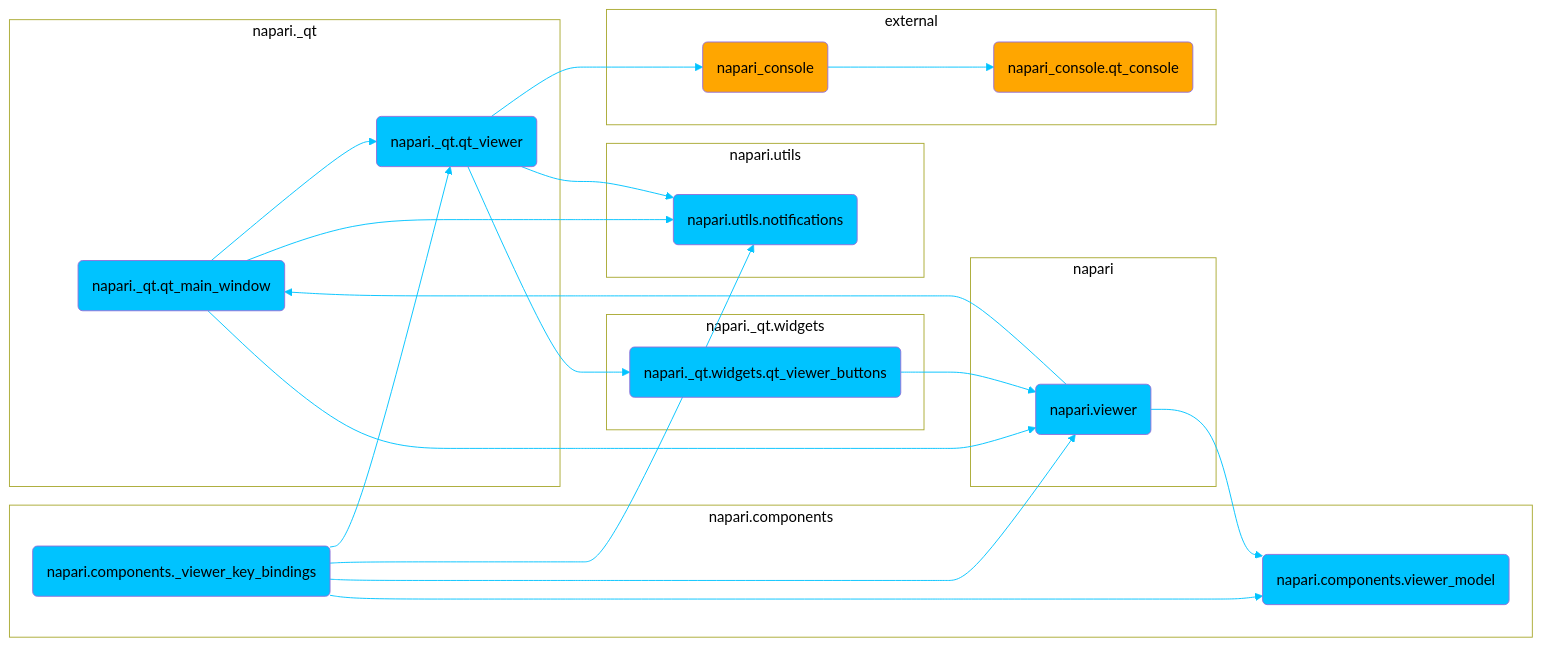
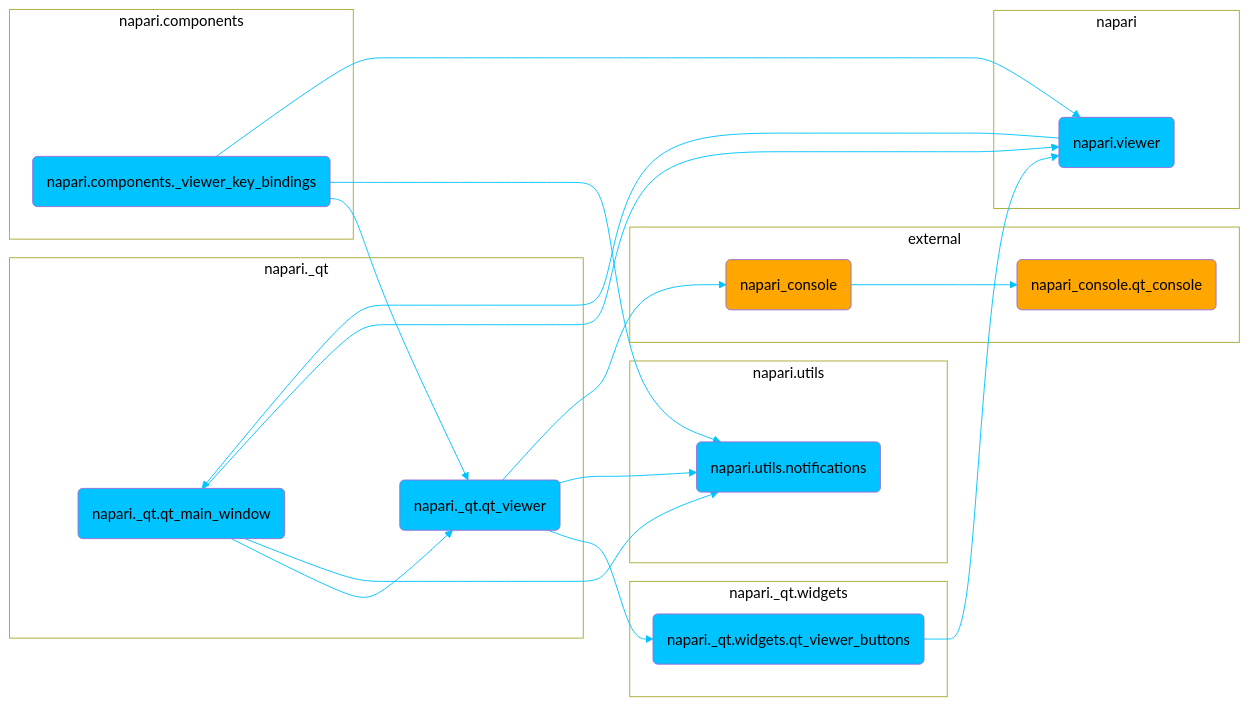
Before and after one commit to napari/napari.github.io: the diagram in dev/_sources/developers/architecture/ui_sections/console_ui.md, drawn with Mermaid. The commit also changed other lines of this file and 723 other files, not shown here.

````diff
--- a/dev/_sources/developers/architecture/ui_sections/console_ui.md
+++ b/dev/_sources/developers/architecture/ui_sections/console_ui.md
@@ -3,67 +3,62 @@
 ```{mermaid}
 graph LR
 	accTitle: Dependencies between modules in the napari Console (napari-console) UI section
 	accDescr: Diagram showing the dependencies between the modules involved in the definition of the napari Console (napari-console) UI section
 	napari._qt.qt_main_window(napari._qt.qt_main_window)
 	napari._qt.qt_main_window --> napari._qt.qt_viewer
 	napari._qt.qt_main_window --> napari.utils.notifications
 	napari._qt.qt_main_window --> napari.viewer
 	click napari._qt.qt_main_window "https://github.com/napari/napari/tree/main/napari/_qt/qt_main_window.py" _blank
 	napari._qt.qt_viewer(napari._qt.qt_viewer)
 	napari._qt.qt_viewer --> napari._qt.widgets.qt_viewer_buttons
 	napari._qt.qt_viewer --> napari.utils.notifications
 	napari._qt.qt_viewer --> napari_console
 	click napari._qt.qt_viewer "https://github.com/napari/napari/tree/main/napari/_qt/qt_viewer.py" _blank
 	napari._qt.widgets.qt_viewer_buttons(napari._qt.widgets.qt_viewer_buttons)
 	napari._qt.widgets.qt_viewer_buttons --> napari.viewer
 	click napari._qt.widgets.qt_viewer_buttons "https://github.com/napari/napari/tree/main/napari/_qt/widgets/qt_viewer_buttons.py" _blank
 	napari.components._viewer_key_bindings(napari.components._viewer_key_bindings)
 	napari.components._viewer_key_bindings --> napari._qt.qt_viewer
-	napari.components._viewer_key_bindings --> napari.components.viewer_model
 	napari.components._viewer_key_bindings --> napari.utils.notifications
 	napari.components._viewer_key_bindings --> napari.viewer
 	click napari.components._viewer_key_bindings "https://github.com/napari/napari/tree/main/napari/components/_viewer_key_bindings.py" _blank
-	napari.components.viewer_model(napari.components.viewer_model)
-	click napari.components.viewer_model "https://github.com/napari/napari/tree/main/napari/components/viewer_model.py" _blank
 	napari.utils.notifications(napari.utils.notifications)
 	click napari.utils.notifications "https://github.com/napari/napari/tree/main/napari/utils/notifications.py" _blank
 	napari.viewer(napari.viewer)
 	napari.viewer --> napari._qt.qt_main_window
-	napari.viewer --> napari.components.viewer_model
 	click napari.viewer "https://github.com/napari/napari/tree/main/napari/viewer.py" _blank
 	napari_console(napari_console)
 	napari_console --> napari_console.qt_console
 	napari_console.qt_console(napari_console.qt_console)
 	subgraph module.napari._qt[napari._qt]
 		 napari._qt.qt_main_window
 		 napari._qt.qt_viewer
 	end
 	class module.napari._qt subgraphs
 	subgraph module.napari._qt.widgets[napari._qt.widgets]
 		 napari._qt.widgets.qt_viewer_buttons
 	end
 	class module.napari._qt.widgets subgraphs
 	subgraph module.napari.components[napari.components]
 		 napari.components._viewer_key_bindings
-		 napari.components.viewer_model
 	end
 	class module.napari.components subgraphs
 	subgraph module.napari.utils[napari.utils]
 		 napari.utils.notifications
 	end
 	class module.napari.utils subgraphs
 	subgraph module.napari[napari]
 		 napari.viewer
 	end
 	class module.napari subgraphs
 	subgraph module.external[external]
 		 napari_console
 		 napari_console.qt_console
 	end
 	class module.external subgraphs
 	classDef subgraphs fill:white,strock:black,color:black;	classDef default fill:#00c3ff,color:black;
 	linkStyle default stroke:#00c3ff
 	classDef external fill:#ffa600,color:black;
 	class napari_console external
 	class napari_console.qt_console external
 ```
````
